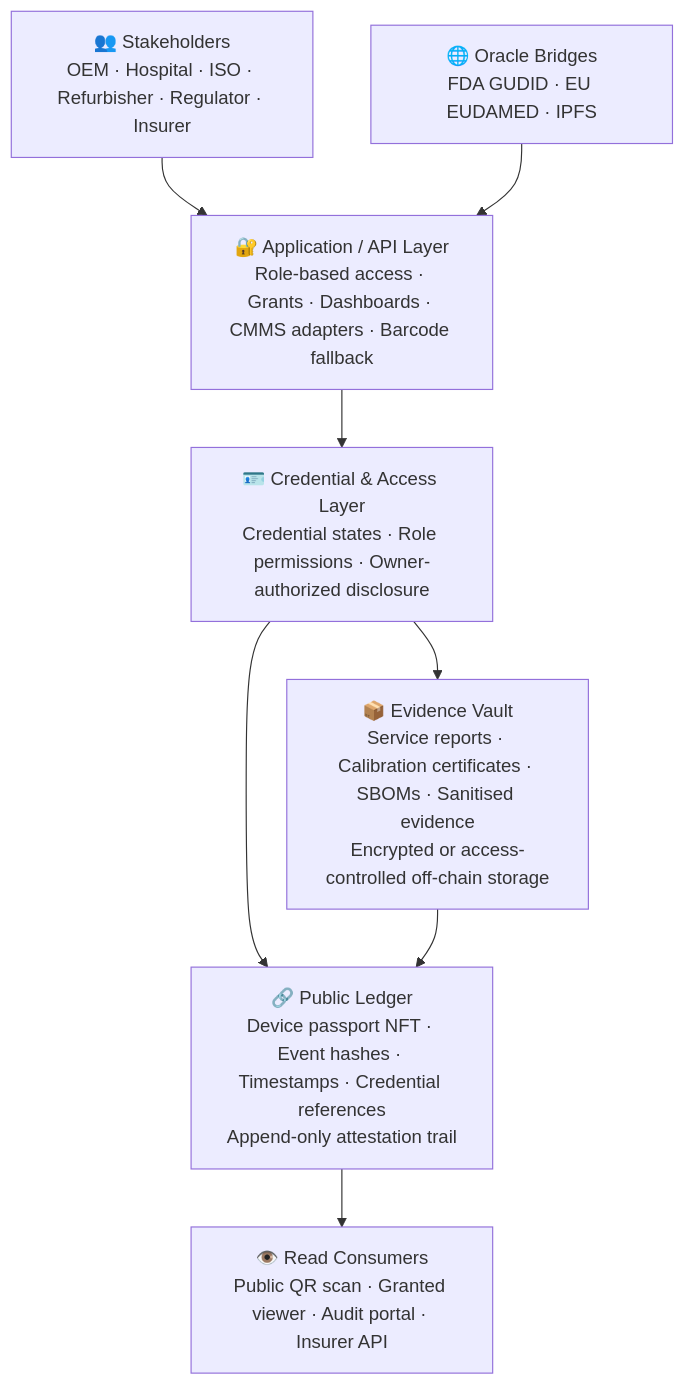
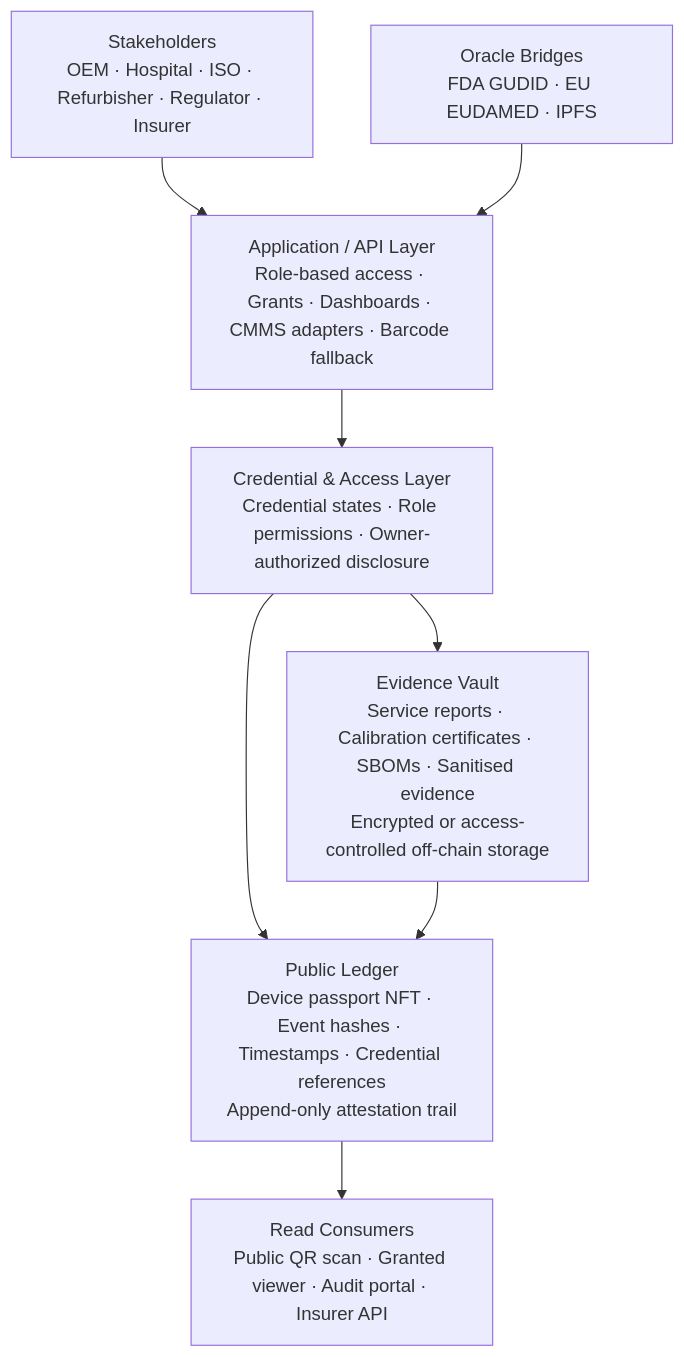
One commit to tomer-saar/medpassport-protocol changed the diagram in README.md. Above: the diagram before and after it, drawn with Mermaid. The commit also changed other lines of this file and 2 other files, not shown here.

Commit message:
docs: remove stale roadmap file, fix stale dates and terminology, tone pass on README/whitepaper

````diff
--- a/README.md
+++ b/README.md
@@ -105,24 +105,24 @@
 ```mermaid
 graph TD
-    A["👥 Stakeholders\nOEM · Hospital · ISO · Refurbisher · Regulator · Insurer"]
+    A["Stakeholders\nOEM · Hospital · ISO · Refurbisher · Regulator · Insurer"]
 
-    B["🔐 Application / API Layer\nRole-based access · Grants · Dashboards · CMMS adapters · Barcode fallback"]
+    B["Application / API Layer\nRole-based access · Grants · Dashboards · CMMS adapters · Barcode fallback"]
 
-    C["🪪 Credential & Access Layer\nCredential states · Role permissions · Owner-authorized disclosure"]
+    C["Credential & Access Layer\nCredential states · Role permissions · Owner-authorized disclosure"]
 
-    D["📦 Evidence Vault\nService reports · Calibration certificates · SBOMs · Sanitised evidence\nEncrypted or access-controlled off-chain storage"]
+    D["Evidence Vault\nService reports · Calibration certificates · SBOMs · Sanitised evidence\nEncrypted or access-controlled off-chain storage"]
 
-    E["🔗 Public Ledger\nDevice passport NFT · Event hashes · Timestamps · Credential references\nAppend-only attestation trail"]
+    E["Public Ledger\nDevice passport NFT · Event hashes · Timestamps · Credential references\nAppend-only attestation trail"]
 
-    F["🌐 Oracle Bridges\nFDA GUDID · EU EUDAMED · IPFS"]
+    F["Oracle Bridges\nFDA GUDID · EU EUDAMED · IPFS"]
 
-    G["👁️ Read Consumers\nPublic QR scan · Granted viewer · Audit portal · Insurer API"]
+    G["Read Consumers\nPublic QR scan · Granted viewer · Audit portal · Insurer API"]
 
     A --> B
     B --> C
     C --> D
     C --> E
     D --> E
     F --> B
     E --> G
 ```
````
